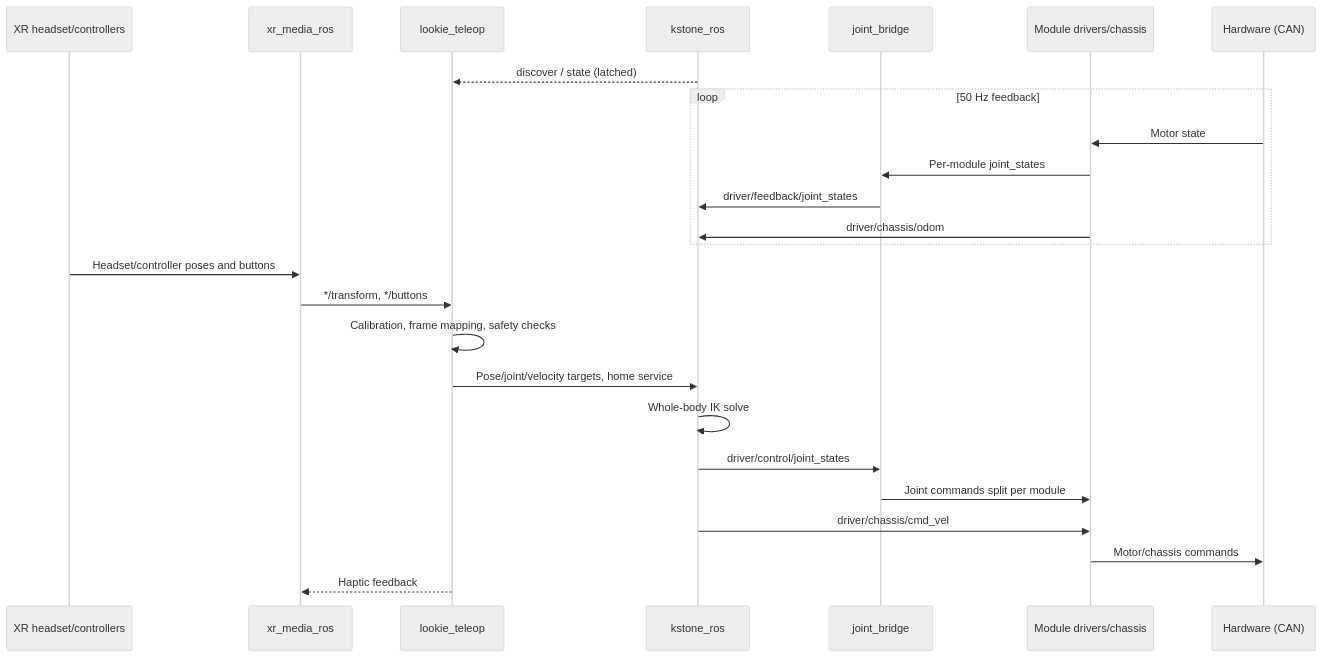
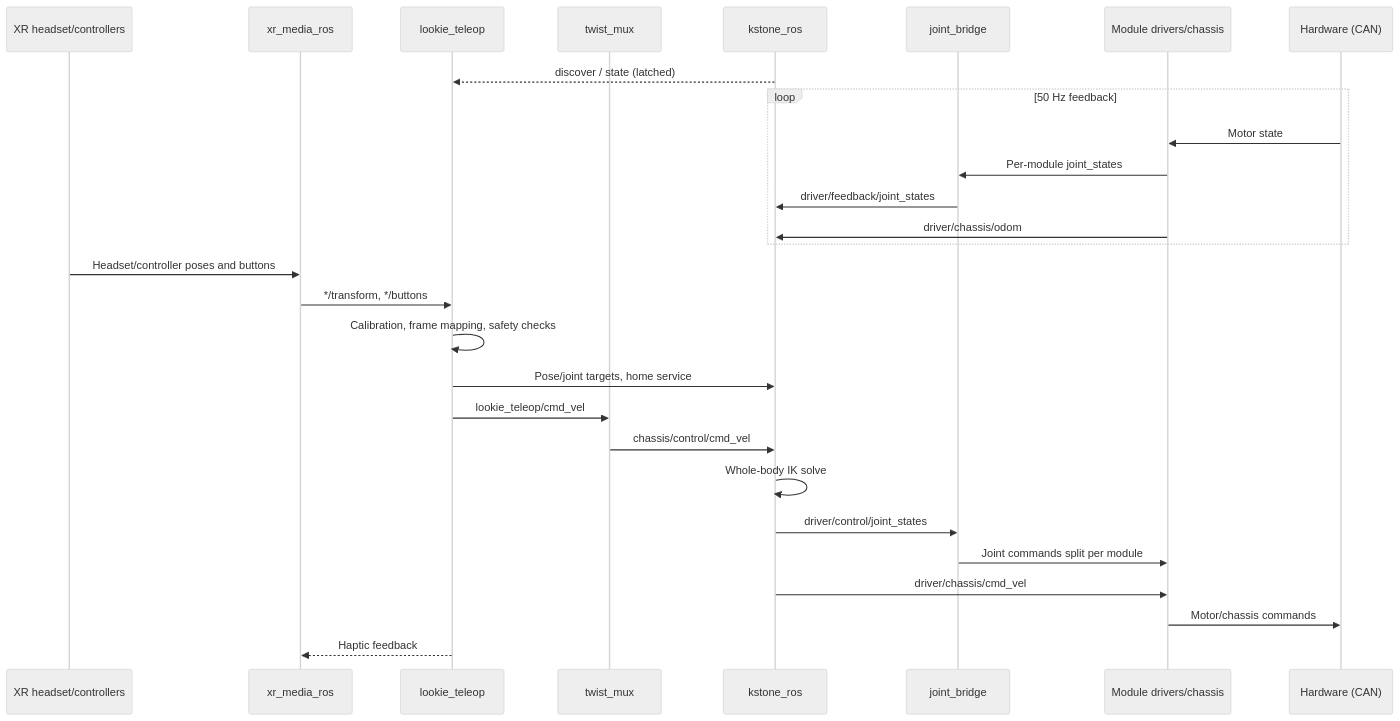
The fifth of 7 diagrams in docs/architecture.md (AgilexOpensource/lookie_ros), drawn with Mermaid (neutral theme) before and after one commit. The commit also changed other lines of this file and 23 other files, not shown here.

````diff
--- a/docs/architecture.md
+++ b/docs/architecture.md
@@ -157,28 +164,31 @@
 ```mermaid
 sequenceDiagram
     participant H as XR headset/controllers
     participant X as xr_media_ros
     participant T as lookie_teleop
+    participant M as twist_mux
     participant K as kstone_ros
     participant B as joint_bridge
     participant D as Module drivers/chassis
     participant HW as Hardware (CAN)
 
     K-->>T: discover / state (latched)
     loop 50 Hz feedback
         HW->>D: Motor state
         D->>B: Per-module joint_states
         B->>K: driver/feedback/joint_states
         D->>K: driver/chassis/odom
     end
     H->>X: Headset/controller poses and buttons
     X->>T: */transform, */buttons
     T->>T: Calibration, frame mapping, safety checks
-    T->>K: Pose/joint/velocity targets, home service
+    T->>K: Pose/joint targets, home service
+    T->>M: lookie_teleop/cmd_vel
+    M->>K: chassis/control/cmd_vel
     K->>K: Whole-body IK solve
     K->>B: driver/control/joint_states
     B->>D: Joint commands split per module
     K->>D: driver/chassis/cmd_vel
     D->>HW: Motor/chassis commands
     T-->>X: Haptic feedback
 ```
````
